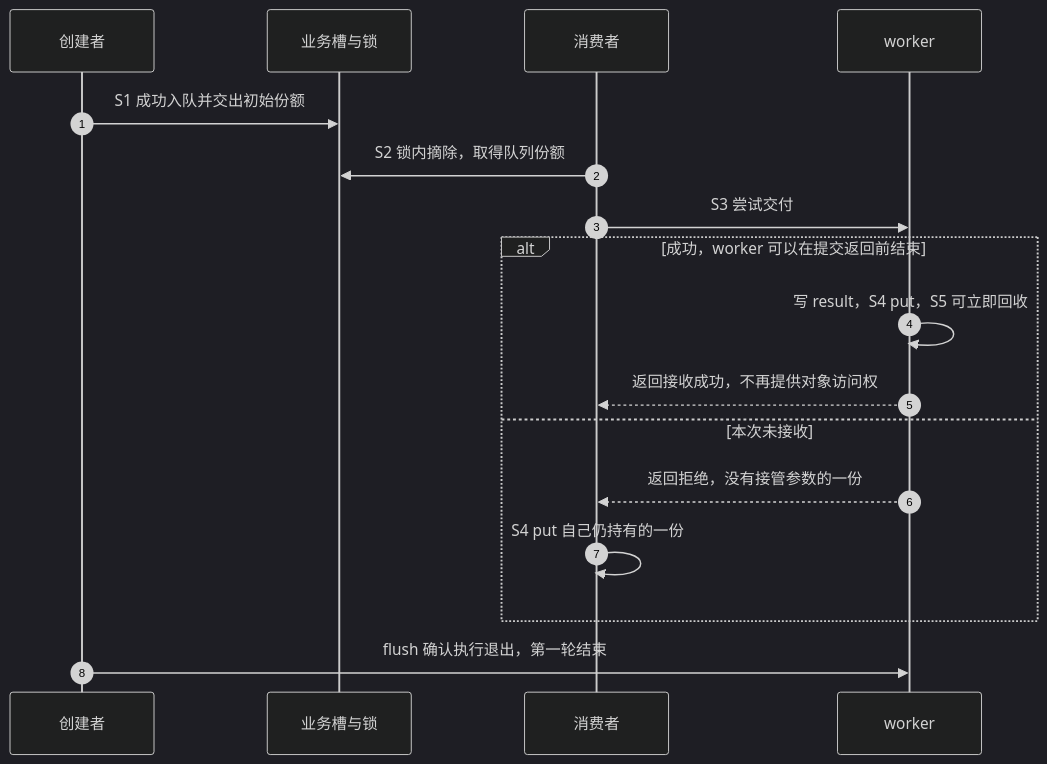
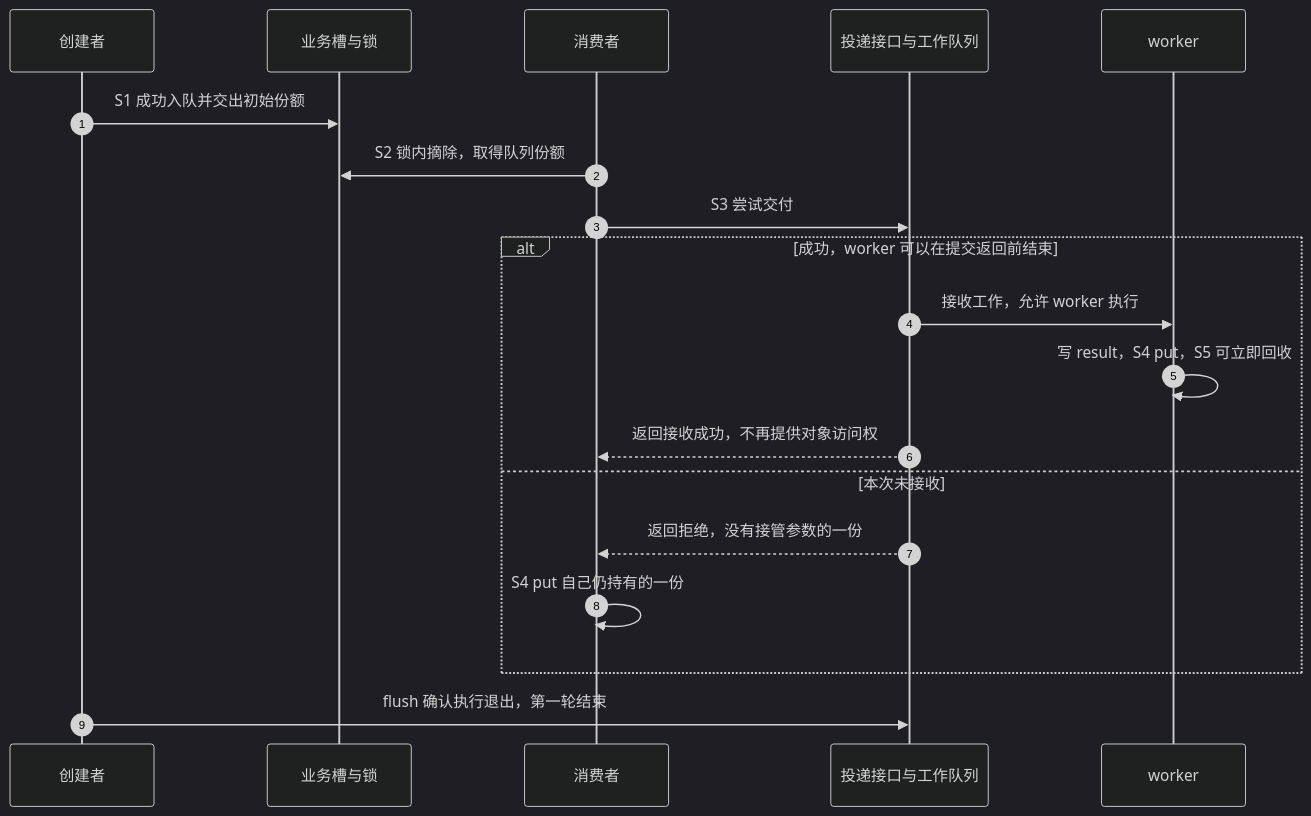
One commit to FormingSystem/linux_note changed the sixth of 6 diagrams in knowledge/linux/object_lifetime/kref/P07_handoff_所有权转移模型.md. Above: the diagram before and after it, drawn with Mermaid (dark theme). The commit also changed other lines of this file and 1 other file, not shown here.

````diff
--- a/knowledge/linux/object_lifetime/kref/P07_handoff_所有权转移模型.md
+++ b/knowledge/linux/object_lifetime/kref/P07_handoff_所有权转移模型.md
@@ -748,19 +766,21 @@
 ```mermaid
 sequenceDiagram
     autonumber
     participant P as 创建者
     participant Q as 业务槽与锁
     participant C as 消费者
+    participant X as 投递接口与工作队列
     participant W as worker
     P->>Q: S1 成功入队并交出初始份额
     C->>Q: S2 锁内摘除，取得队列份额
-    C->>W: S3 尝试交付
+    C->>X: S3 尝试交付
     alt 成功，worker 可以在提交返回前结束
+        X->>W: 接收工作，允许 worker 执行
         W->>W: 写 result，S4 put，S5 可立即回收
-        W-->>C: 返回接收成功，不再提供对象访问权
+        X-->>C: 返回接收成功，不再提供对象访问权
     else 本次未接收
-        W-->>C: 返回拒绝，没有接管参数的一份
+        X-->>C: 返回拒绝，没有接管参数的一份
         C->>C: S4 put 自己仍持有的一份
     end
-    P->>W: flush 确认执行退出，第一轮结束
+    P->>X: flush 确认执行退出，第一轮结束
 ```
````
